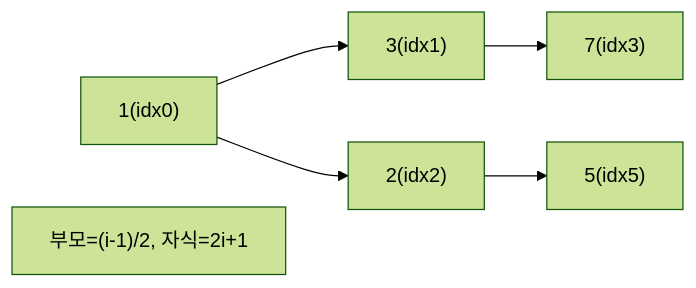
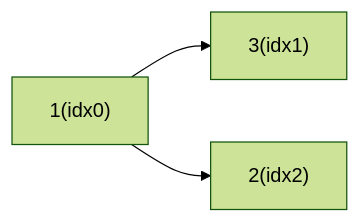
Before and after one commit to yjkim2015/yjkim2015.github.io: diagram 13 of 17 in _posts/java/2026-05-01-java-collections.md, drawn with Mermaid (forest theme). The commit also changed other lines of this file and 132 other files, not shown here.

First line of the commit message:
Mermaid 다이어그램 가독성 정리: 단순 제거, 노드 축소, TD→LR 변환

````diff
--- a/_posts/java/2026-05-01-java-collections.md
+++ b/_posts/java/2026-05-01-java-collections.md
@@ -683,8 +655,5 @@
 ```mermaid
 graph LR
     N1["1(idx0)"] --> N3["3(idx1)"]
     N1 --> N2["2(idx2)"]
-    N3 --> N7["7(idx3)"]
-    N2 --> N5["5(idx5)"]
-    RULE["부모=(i-1)/2, 자식=2i+1"]
 ```
````
